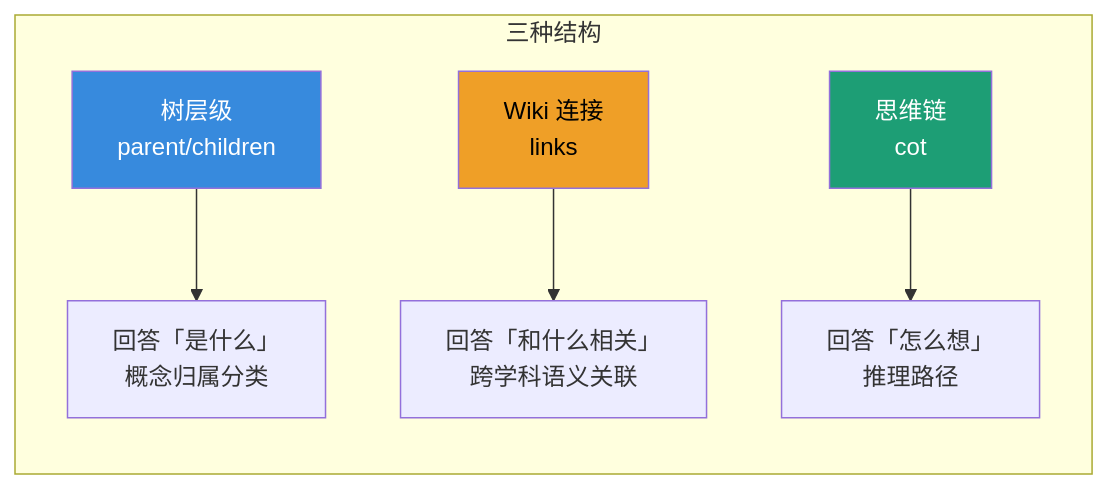
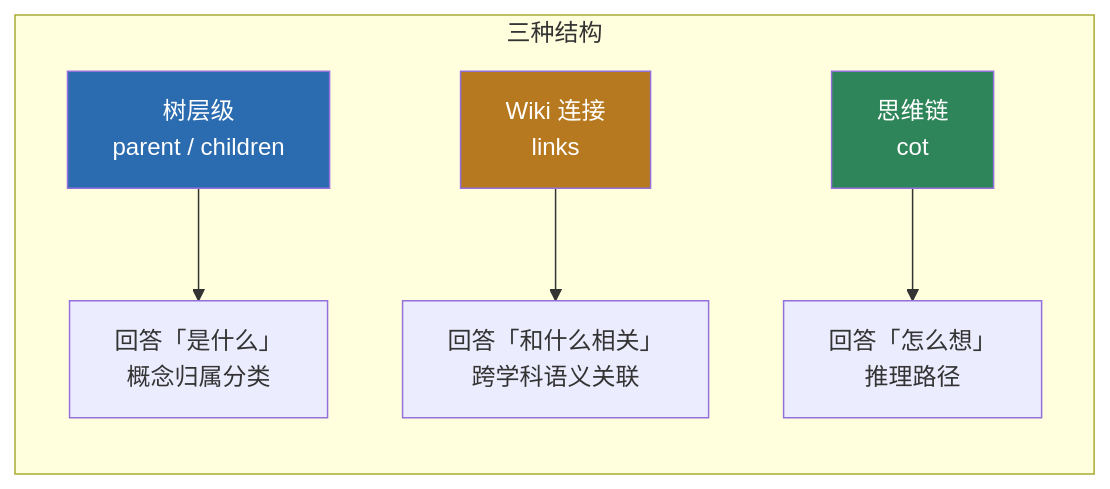
One commit to Baixiaodou/comm-knowledge-graph changed the first of 3 diagrams in README.md. Above: the diagram before and after it, drawn with Mermaid. The commit also changed other lines of this file, not shown here.

````diff
--- a/README.md
+++ b/README.md
@@ -62,11 +62,11 @@
 ```mermaid
 graph LR
     subgraph 三种结构
-        T[树层级<br/>parent/children] --> T1[回答「是什么」<br/>概念归属分类]
+        T[树层级<br/>parent / children] --> T1[回答「是什么」<br/>概念归属分类]
         W[Wiki 连接<br/>links] --> W1[回答「和什么相关」<br/>跨学科语义关联]
         C[思维链<br/>cot] --> C1[回答「怎么想」<br/>推理路径]
     end
-    style T fill:#378add,color:#fff
-    style W fill:#ef9f27,color:#000
-    style C fill:#1d9e75,color:#fff
+    style T fill:#2b6cb0,color:#fff
+    style W fill:#b7791f,color:#fff
+    style C fill:#2f855a,color:#fff
 ```
````
